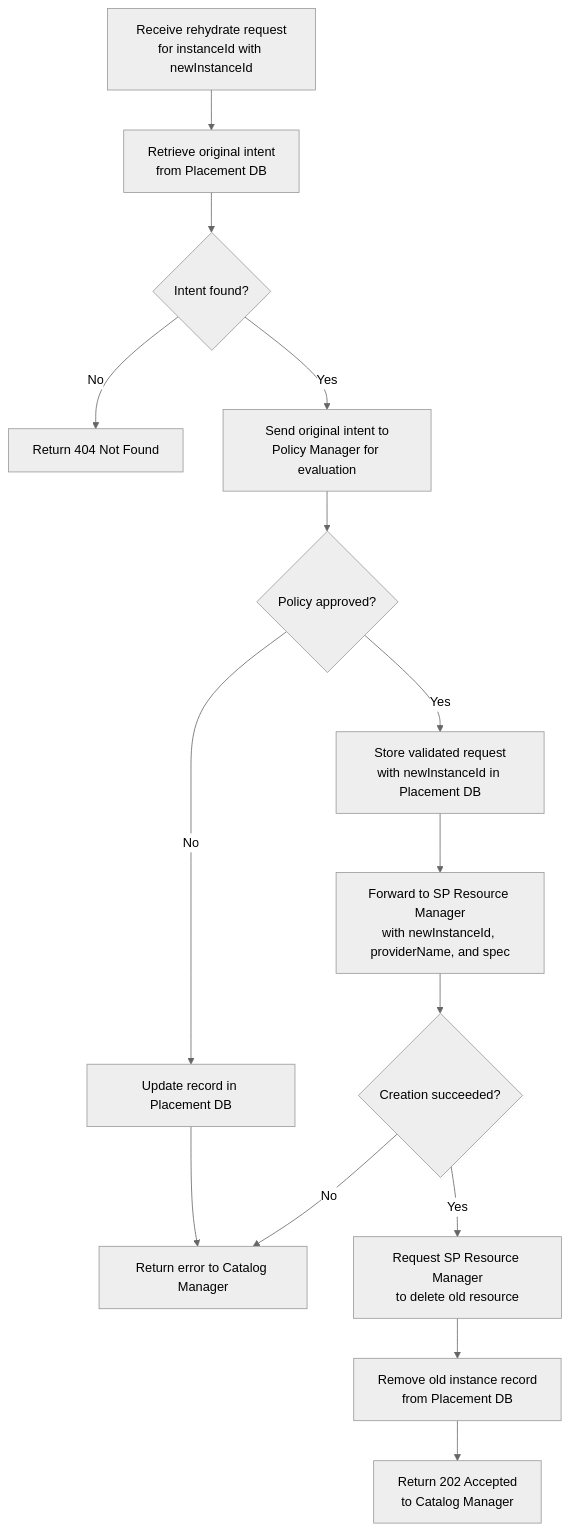
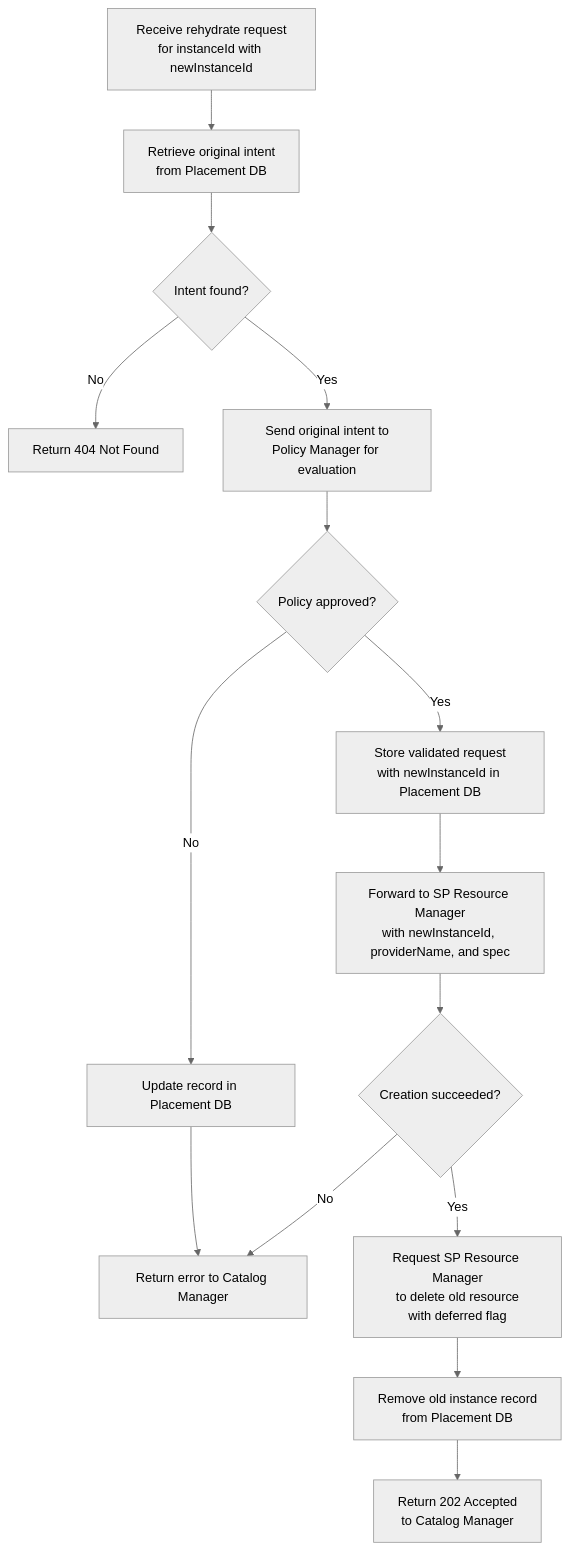
Before and after one commit to dcm-project/enhancements: the fourth of 4 diagrams in enhancements/rehydration-flow/rehydration-flow.md, drawn with Mermaid (neutral theme). The commit also changed other lines of this file, not shown here.

First line of the commit message:
docs(rehydration-flow): update deferred deletion to skip provider call (#42)

````diff
--- a/enhancements/rehydration-flow/rehydration-flow.md
+++ b/enhancements/rehydration-flow/rehydration-flow.md
@@ -371,17 +350,17 @@
 ```mermaid
 flowchart TD
     A[Receive rehydrate request<br/>for instanceId with newInstanceId] --> B[Retrieve original intent<br/>from Placement DB]
     B --> C{Intent found?}
     C -->|No| D[Return 404 Not Found]
     C -->|Yes| F[Send original intent to<br/>Policy Manager for evaluation]
     F --> G{Policy approved?}
     G -->|No| H[Update record in Placement DB]
     H --> I[Return error to Catalog Manager]
     G -->|Yes| J[Store validated request<br/>with newInstanceId in Placement DB]
     J --> K[Forward to SP Resource Manager<br/>with newInstanceId, providerName, and spec]
     K --> L{Creation succeeded?}
     L -->|No| I
-    L -->|Yes| M[Request SP Resource Manager<br/>to delete old resource]
+    L -->|Yes| M[Request SP Resource Manager<br/>to delete old resource<br/>with deferred flag]
     M --> N[Remove old instance record<br/>from Placement DB]
     N --> O[Return 202 Accepted<br/>to Catalog Manager]
 ```
````
